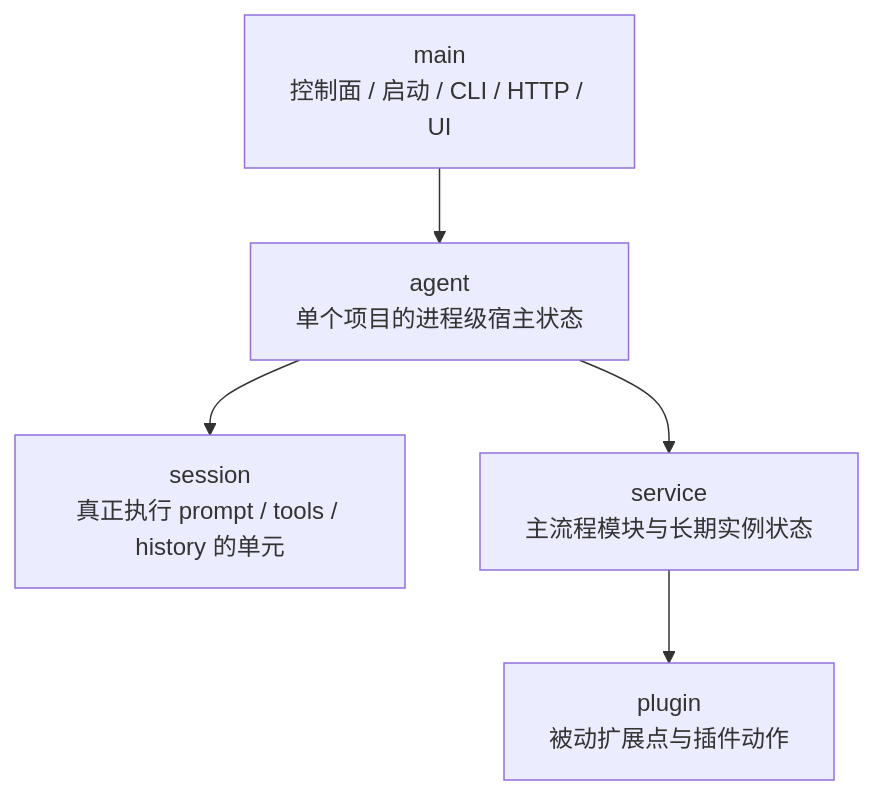
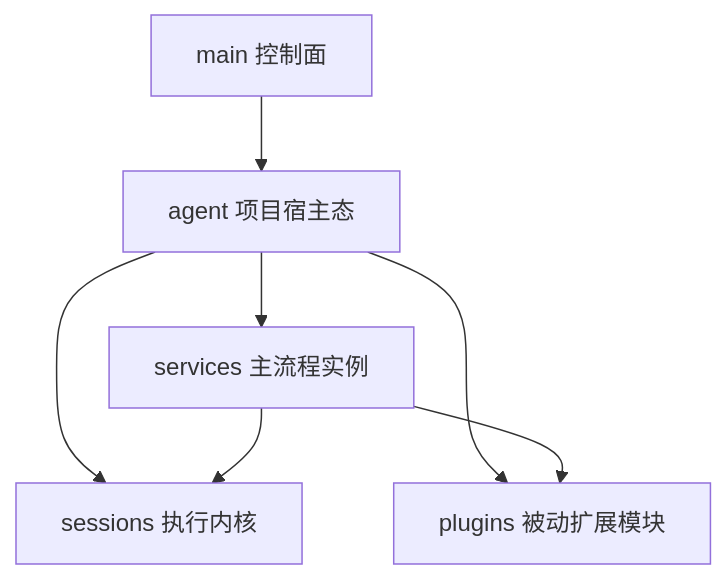
The first of 7 diagrams in devdocs/agent-native-architecture-design.md (wangenius/downcity), drawn with Mermaid before and after one commit. The commit also changed other lines of this file and 96 other files, not shown here.

````diff
--- a/devdocs/agent-native-architecture-design.md
+++ b/devdocs/agent-native-architecture-design.md
@@ -31,7 +28,9 @@
 ```mermaid
 flowchart TD
-  MAIN["main<br/>控制面 / 启动 / CLI / HTTP / UI"] --> AGENT["agent<br/>单个项目的进程级宿主状态"]
-  AGENT --> SESSION["session<br/>真正执行 prompt / tools / history 的单元"]
-  AGENT --> SERVICE["service<br/>主流程模块与长期实例状态"]
-  SERVICE --> PLUGIN["plugin<br/>被动扩展点与插件动作"]
+  MAIN["main 控制面"] --> AGENT["agent 项目宿主态"]
+  AGENT --> SESSIONS["sessions 执行内核"]
+  AGENT --> SERVICES["services 主流程实例"]
+  AGENT --> PLUGINS["plugins 被动扩展模块"]
+  SERVICES --> PLUGINS
+  SERVICES --> SESSIONS
 ```
````
